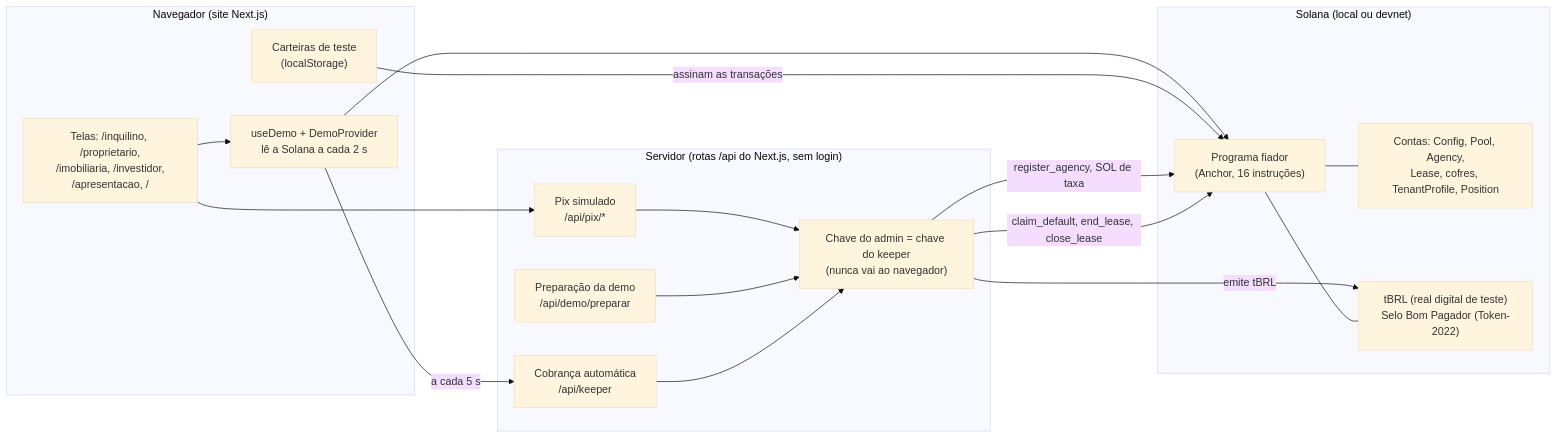
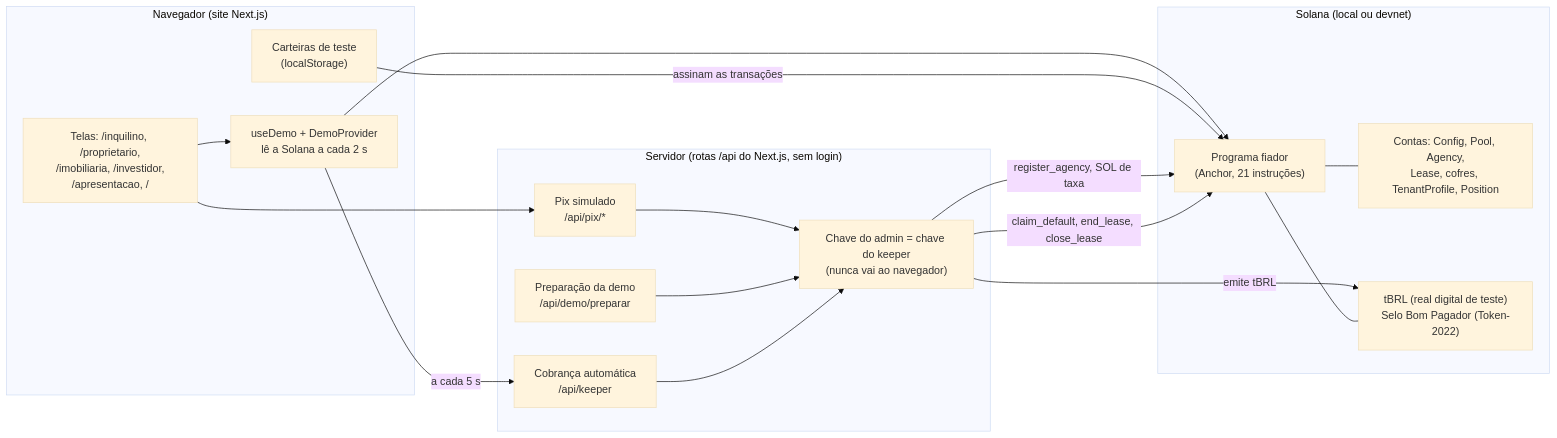
One commit to SauloEdu/fiador-sol changed the first of 3 diagrams in Fiador Doc/01-ARQUITETURA.md. Above: the diagram before and after it, drawn with Mermaid (base theme). The commit also changed other lines of this file and 54 other files, not shown here.

````diff
--- a/Fiador Doc/01-ARQUITETURA.md
+++ b/Fiador Doc/01-ARQUITETURA.md
@@ -11,26 +11,26 @@
 ```mermaid
 flowchart LR
   subgraph Navegador["Navegador (site Next.js)"]
     Telas["Telas: /inquilino, /proprietario,<br/>/imobiliaria, /investidor,<br/>/apresentacao, /"]
     Estado["useDemo + DemoProvider<br/>lê a Solana a cada 2 s"]
     Carteiras["Carteiras de teste<br/>(localStorage)"]
   end
   subgraph Servidor["Servidor (rotas /api do Next.js, sem login)"]
     Pix["Pix simulado<br/>/api/pix/*"]
     Keeper["Cobrança automática<br/>/api/keeper"]
     Preparar["Preparação da demo<br/>/api/demo/preparar"]
     Admin["Chave do admin = chave do keeper<br/>(nunca vai ao navegador)"]
   end
   subgraph Solana["Solana (local ou devnet)"]
-    Programa["Programa fiador<br/>(Anchor, 16 instruções)"]
+    Programa["Programa fiador<br/>(Anchor, 21 instruções)"]
     Contas["Contas: Config, Pool, Agency,<br/>Lease, cofres, TenantProfile, Position"]
     Tokens["tBRL (real digital de teste)<br/>Selo Bom Pagador (Token-2022)"]
   end
   Telas --> Estado --> Programa
   Carteiras -->|assinam as transações| Programa
   Telas --> Pix --> Admin -->|emite tBRL| Tokens
   Preparar --> Admin -->|register_agency, SOL de taxa| Programa
   Estado -->|a cada 5 s| Keeper --> Admin -->|claim_default, end_lease, close_lease| Programa
   Programa --- Contas
   Programa --- Tokens
 ```
````
